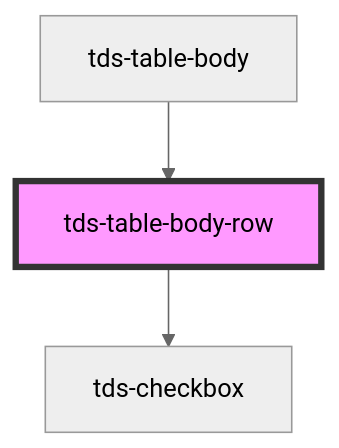
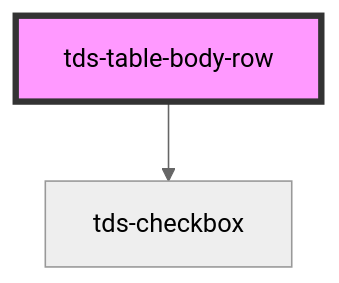
Before and after one commit to scania-digital-design-system/tegel: the diagram in core/src/components/table/table-body-row/readme.md, drawn with Mermaid (neutral theme). The commit also changed other lines of this file and 7 other files, not shown here.

First line of the commit message:
feat(table): removed bodyData prop

````diff
--- a/core/src/components/table/table-body-row/readme.md
+++ b/core/src/components/table/table-body-row/readme.md
@@ -40,6 +36,5 @@
 ```mermaid
 graph TD;
   tds-table-body-row --> tds-checkbox
-  tds-table-body --> tds-table-body-row
   style tds-table-body-row fill:#f9f,stroke:#333,stroke-width:4px
 ```
````
